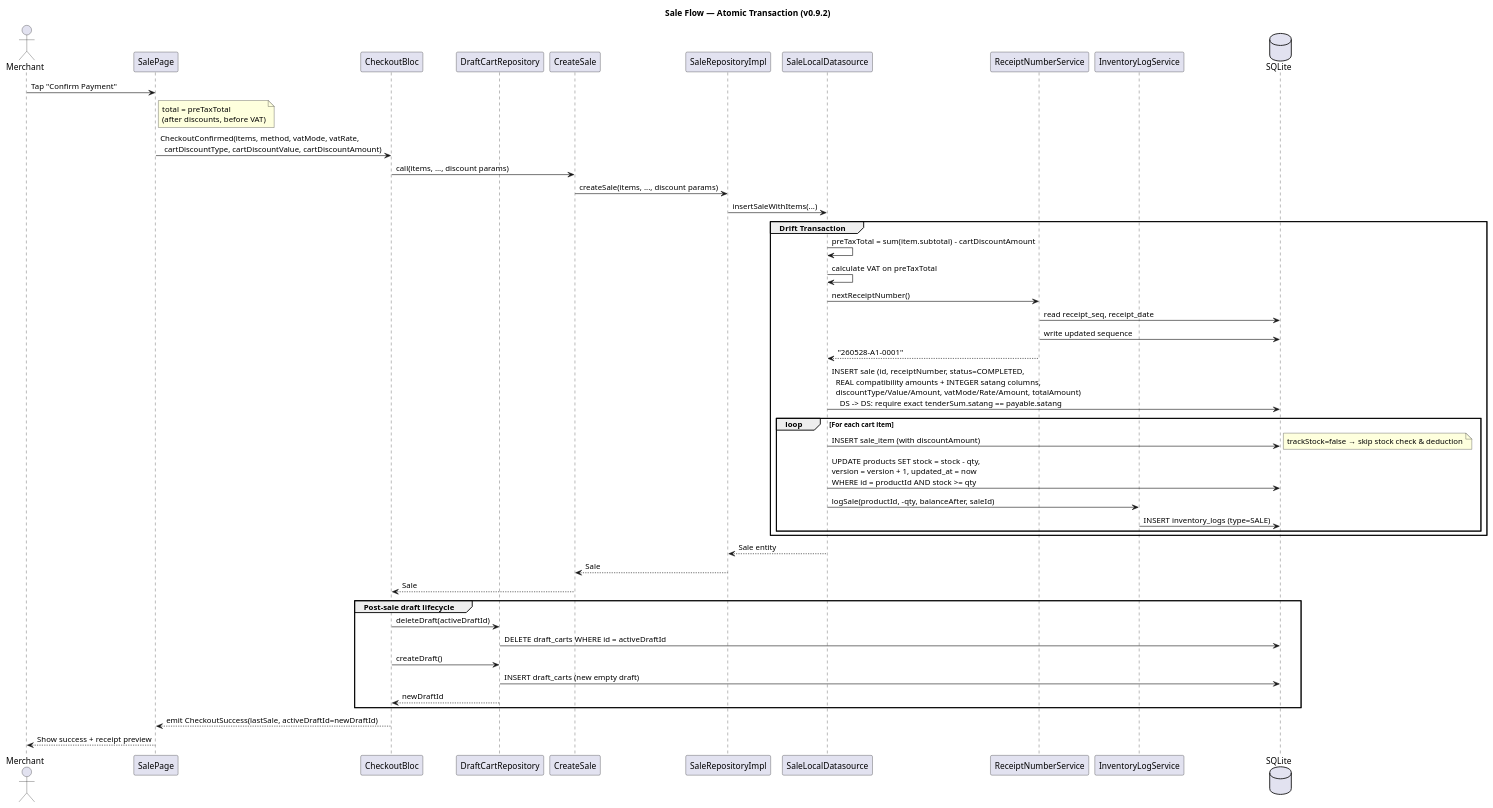
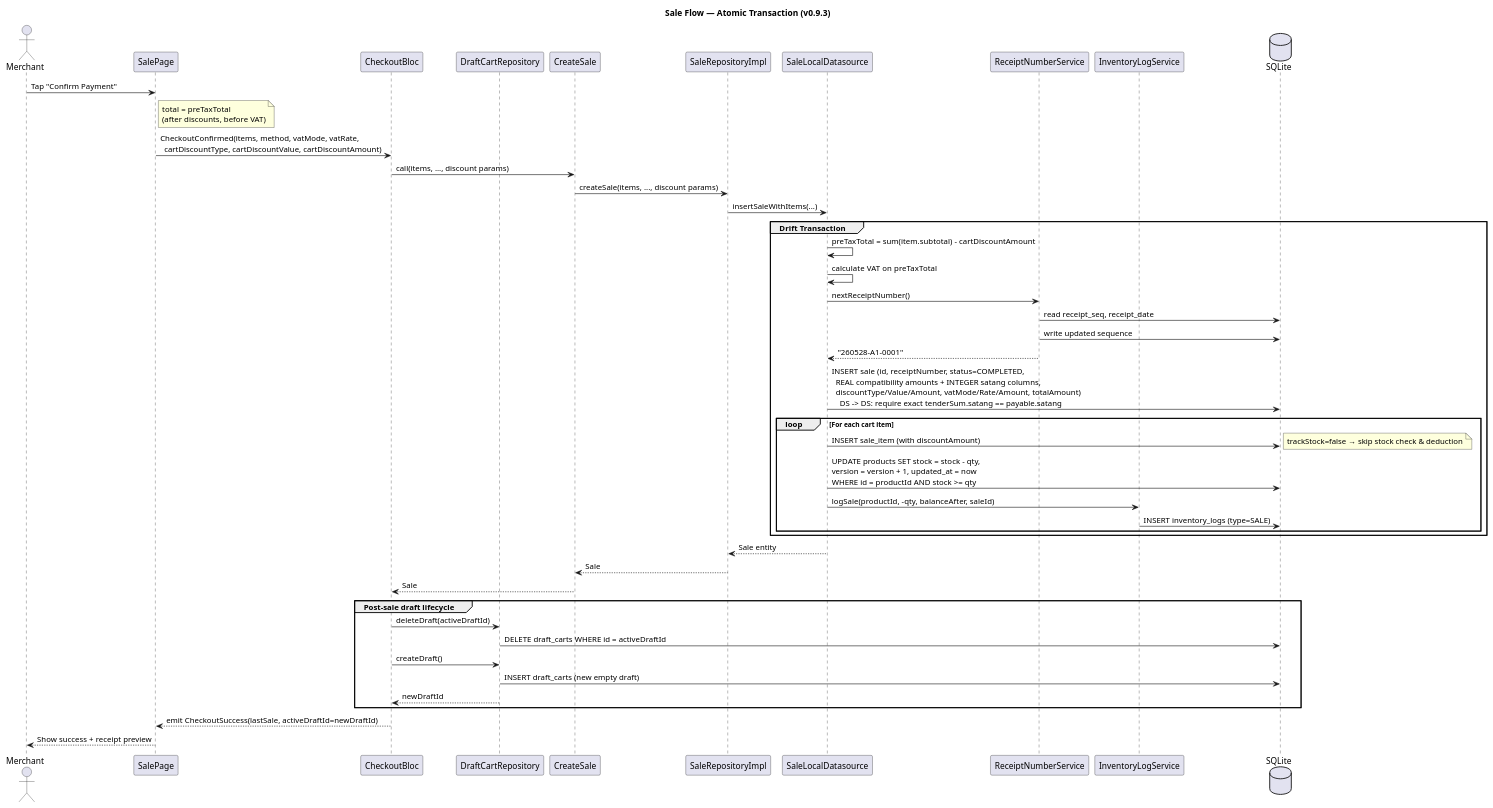
Before and after one commit to MN-Lizard-Team/promsell-pos-ce: the diagram in docs/architecture/puml/sequence-sale.puml, drawn with PlantUML. The commit also changed 43 other files, not shown here.

```diff
--- a/docs/architecture/puml/sequence-sale.puml
+++ b/docs/architecture/puml/sequence-sale.puml
@@ -1,57 +1,57 @@
 @startuml Sequence_Sale
-title Sale Flow — Atomic Transaction (v0.9.2)
+title Sale Flow — Atomic Transaction (v0.9.3)
 
 actor Merchant
 participant "SalePage" as UI
 participant "CheckoutBloc" as Bloc
 participant "DraftCartRepository" as DraftRepo
 participant "CreateSale" as UC
 participant "SaleRepositoryImpl" as Repo
 participant "SaleLocalDatasource" as DS
 participant "ReceiptNumberService" as RNS
 participant "InventoryLogService" as ILS
 database "SQLite" as DB
 
 Merchant -> UI: Tap "Confirm Payment"
 note right of UI: total = preTaxTotal\n(after discounts, before VAT)
 UI -> Bloc: CheckoutConfirmed(items, method, vatMode, vatRate,\n  cartDiscountType, cartDiscountValue, cartDiscountAmount)
 Bloc -> UC: call(items, ..., discount params)
 UC -> Repo: createSale(items, ..., discount params)
 Repo -> DS: insertSaleWithItems(...)
 
 group Drift Transaction
     DS -> DS: preTaxTotal = sum(item.subtotal) - cartDiscountAmount
     DS -> DS: calculate VAT on preTaxTotal
 
     DS -> RNS: nextReceiptNumber()
     RNS -> DB: read receipt_seq, receipt_date
     RNS -> DB: write updated sequence
     RNS --> DS: "260528-A1-0001"
 
     DS -> DB: INSERT sale (id, receiptNumber, status=COMPLETED,\n  REAL compatibility amounts + INTEGER satang columns,\n  discountType/Value/Amount, vatMode/Rate/Amount, totalAmount)\n    DS -> DS: require exact tenderSum.satang == payable.satang
 
     loop For each cart item
         DS -> DB: INSERT sale_item (with discountAmount)
         note right: trackStock=false → skip stock check & deduction
         DS -> DB: UPDATE products SET stock = stock - qty,\nversion = version + 1, updated_at = now\nWHERE id = productId AND stock >= qty
         DS -> ILS: logSale(productId, -qty, balanceAfter, saleId)
         ILS -> DB: INSERT inventory_logs (type=SALE)
     end
 end
 
 DS --> Repo: Sale entity
 Repo --> UC: Sale
 UC --> Bloc: Sale
 
 group Post-sale draft lifecycle
     Bloc -> DraftRepo: deleteDraft(activeDraftId)
     DraftRepo -> DB: DELETE draft_carts WHERE id = activeDraftId
     Bloc -> DraftRepo: createDraft()
     DraftRepo -> DB: INSERT draft_carts (new empty draft)
     DraftRepo --> Bloc: newDraftId
 end
 
 Bloc --> UI: emit CheckoutSuccess(lastSale, activeDraftId=newDraftId)
 UI --> Merchant: Show success + receipt preview
 
 @enduml
```
